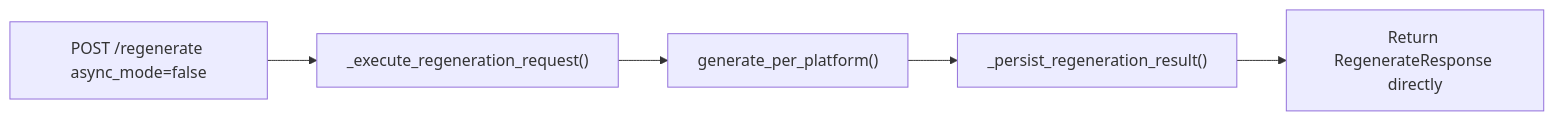
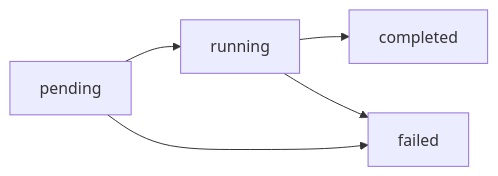
The fourth of 5 diagrams in docs/architecture/2026-02-26-prompt-source-and-generation-flow.md (bobby-andris/Allied-FeedOps), drawn with Mermaid before and after one commit. The commit also changed other lines of this file and 3 other files, not shown here.

Commit message:
docs(plan): add current architecture map and generation-quality kickoff (#23)

````diff
--- a/docs/architecture/2026-02-26-prompt-source-and-generation-flow.md
+++ b/docs/architecture/2026-02-26-prompt-source-and-generation-flow.md
@@ -118,7 +149,7 @@
 ```mermaid
 flowchart LR
-  A["POST /regenerate async_mode=false"] --> B["_execute_regeneration_request()"]
-  B --> C["generate_per_platform()"]
-  C --> D["_persist_regeneration_result()"]
-  D --> E["Return RegenerateResponse directly"]
+  P["pending"] --> R["running"]
+  R --> C["completed"]
+  R --> F["failed"]
+  P --> F
 ```
````
